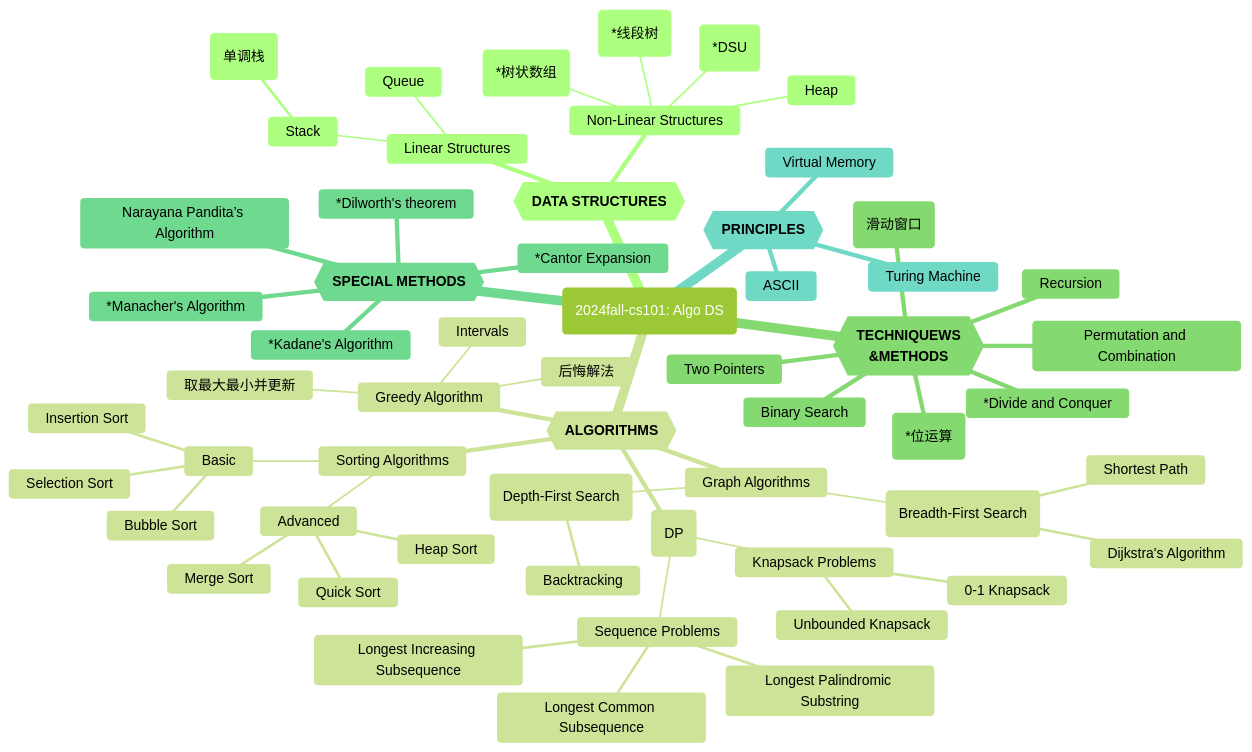
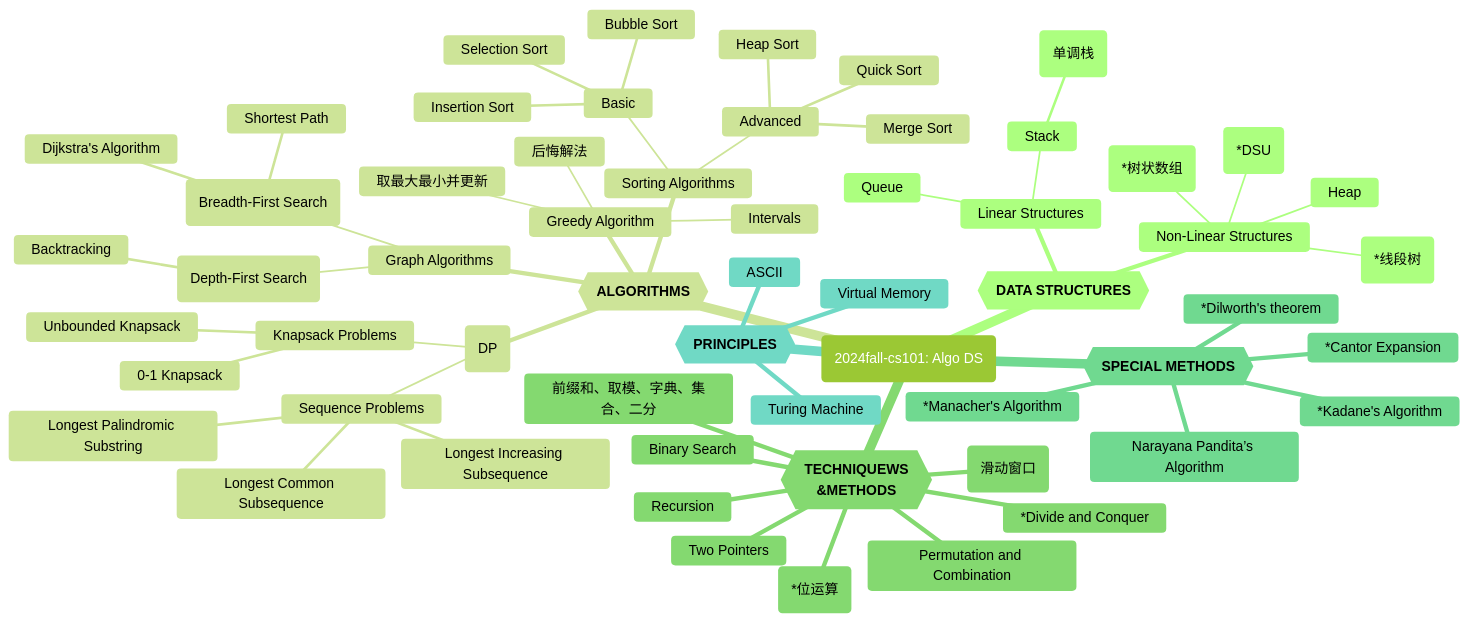
One commit to GMyhf/2024fall-cs101 changed the diagram in 20241202_knowledgeGraph_cs101-AlgoDS.md. Above: the diagram before and after it, drawn with Mermaid (forest theme). The commit also changed other lines of this file, not shown here.

````diff
--- a/20241202_knowledgeGraph_cs101-AlgoDS.md
+++ b/20241202_knowledgeGraph_cs101-AlgoDS.md
@@ -13,65 +13,66 @@
 ```mermaid
 mindmap
   root (2024fall-cs101: Algo DS)
     Data Structures{{**DATA STRUCTURES**}}
     	Linear Structures
     		Stack
     			Monotonic Stack (单调栈)
     		Queue
     	Non-Linear Structures
     		Heap
     		Segment Tree(*线段树)
     		Binary Indexed Tree(*树状数组)
     		Disjoint Set Union (*DSU)
     	
     Algorithms{{**ALGORITHMS**}}
     	Greedy Algorithm
     		Intervals
     		取最大最小并更新
     		后悔解法
     	Dynamic Programming (DP)
     		Knapsack Problems
     			0-1 Knapsack
     			Unbounded Knapsack
     		Sequence Problems
     			Longest Common Subsequence
     			Longest Increasing Subsequence
     			Longest Palindromic Substring
     	Graph Algorithms			
     		DFS (Depth-First Search)
     			Backtracking
     		BFS (Breadth-First Search)
     			Shortest Path
     			Dijkstra's Algorithm
     	Sorting Algorithms
     		Basic
     			Bubble Sort
     			Selection Sort
     			Insertion Sort
     		Advanced
     			Merge Sort
     			Quick Sort
     			Heap Sort
     Techniques & Methods{{**TECHNIQUEWS<br>&METHODS**}}
       *Divide and Conquer
       Recursion
       Binary Search
       Two Pointers
       Sliding Window(滑动窗口)
       Permutation and Combination
       Bit Manipulation (*位运算)
+      前缀和、取模、字典、集合、二分
     Special Methods{{**SPECIAL METHODS**}}
       *Kadane's Algorithm
       *Manacher's Algorithm
       Narayana Pandita’s Algorithm
       *Cantor Expansion
       *Dilworth's theorem
       
     Principles{{**PRINCIPLES**}}
       ASCII
       Virtual Memory
       Turing Machine
 			
       
 
 ```
````
